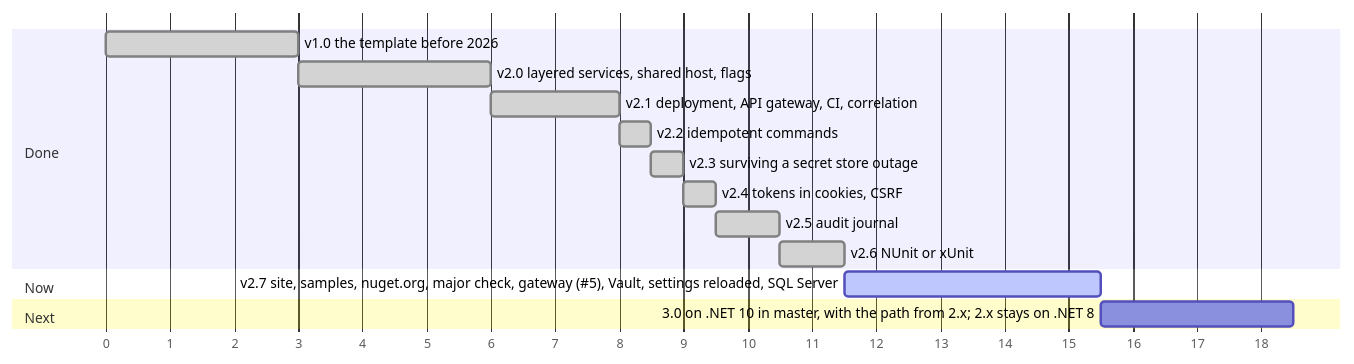
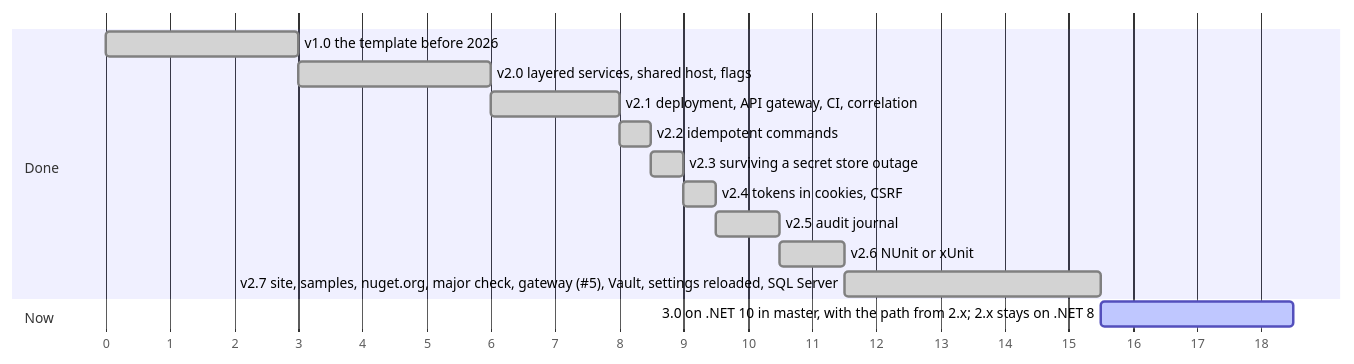
Before and after one commit to Vovanda/DotNetSolutionKit: the diagram in docs/roadmap.md, drawn with Mermaid. The commit also changed other lines of this file and 37 other files, not shown here.

````diff
--- a/docs/roadmap.md
+++ b/docs/roadmap.md
@@ -5,22 +5,21 @@
 ```mermaid
 gantt
     dateFormat X
     axisFormat %s
     tickInterval 1second
 
     section Done
     v1.0 the template before 2026                         :done, s1, 0, 3000ms
     v2.0 layered services, shared host, flags             :done, s2, after s1, 3000ms
     v2.1 deployment, API gateway, CI, correlation         :done, s3, after s2, 2000ms
     v2.2 idempotent commands                              :done, s4, after s3, 500ms
     v2.3 surviving a secret store outage                  :done, s5, after s4, 500ms
     v2.4 tokens in cookies, CSRF                          :done, s6, after s5, 500ms
     v2.5 audit journal                                    :done, s7, after s6, 1000ms
     v2.6 NUnit or xUnit                                   :done, s8, after s7, 1000ms
 
+    v2.7 site, samples, nuget.org, major check, gateway (#5), Vault, settings reloaded, SQL Server :done, s9, after s8, 4000ms
+
     section Now
-    v2.7 site, samples, nuget.org, major check, gateway (#5), Vault, settings reloaded, SQL Server :active, s9, after s8, 4000ms
-
-    section Next
-    3.0 on .NET 10 in master, with the path from 2.x; 2.x stays on .NET 8 :s15, after s9, 3000ms
+    3.0 on .NET 10 in master, with the path from 2.x; 2.x stays on .NET 8 :active, s15, after s9, 3000ms
 ```
````
